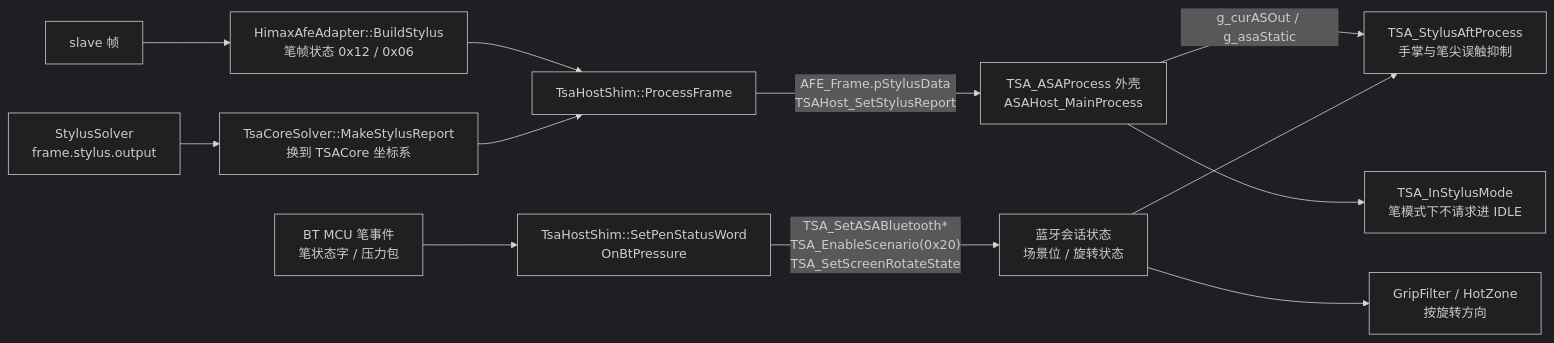
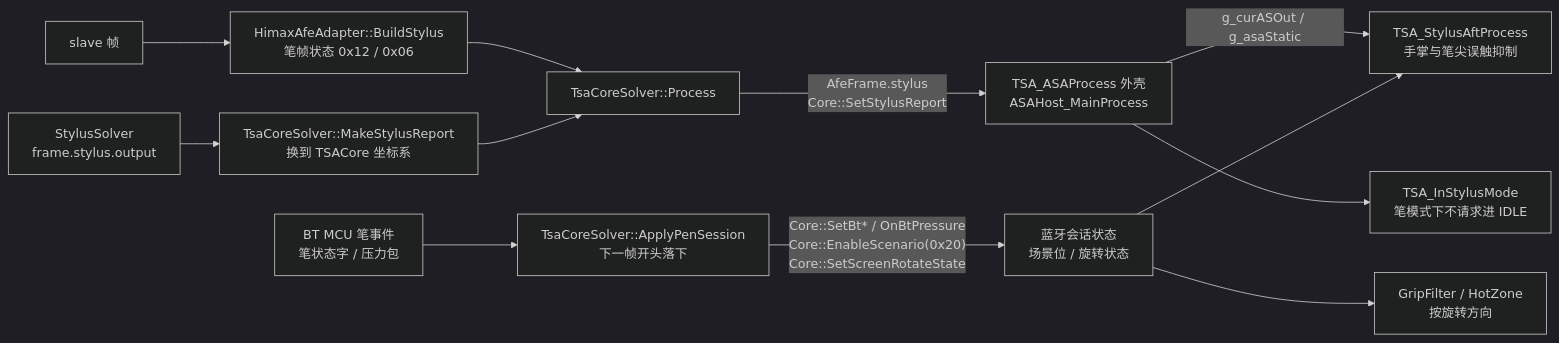
The eighth of 10 diagrams in docs/finger_algorithms/tsacore-raw-integration.md (awarson2233/EGoTouchRev), drawn with Mermaid (dark theme) before and after one commit. The commit also changed other lines of this file and 34 other files, not shown here.

First line of the commit message:
refactor(tsacore): 宿主接口改成类型化的 TsaCore.h，删掉 shim 与核里的死代码

````diff
--- a/docs/finger_algorithms/tsacore-raw-integration.md
+++ b/docs/finger_algorithms/tsacore-raw-integration.md
@@ -297,14 +296,14 @@
 ```mermaid
 flowchart LR
     SL["slave 帧"] --> BS["HimaxAfeAdapter::BuildStylus<br/>笔帧状态 0x12 / 0x06"]
     SS["StylusSolver<br/>frame.stylus.output"] --> MR["TsaCoreSolver::MakeStylusReport<br/>换到 TSACore 坐标系"]
-    EV["BT MCU 笔事件<br/>笔状态字 / 压力包"] --> PS["TsaHostShim::SetPenStatusWord<br/>OnBtPressure"]
-    BS --> PF["TsaHostShim::ProcessFrame"]
+    EV["BT MCU 笔事件<br/>笔状态字 / 压力包"] --> PS["TsaCoreSolver::ApplyPenSession<br/>下一帧开头落下"]
+    BS --> PF["TsaCoreSolver::Process"]
     MR --> PF
-    PF -->|"AFE_Frame.pStylusData<br/>TSAHost_SetStylusReport"| ASA["TSA_ASAProcess 外壳<br/>ASAHost_MainProcess"]
-    PS -->|"TSA_SetASABluetooth*<br/>TSA_EnableScenario(0x20)<br/>TSA_SetScreenRotateState"| G["蓝牙会话状态<br/>场景位 / 旋转状态"]
+    PF -->|"AfeFrame.stylus<br/>Core::SetStylusReport"| ASA["TSA_ASAProcess 外壳<br/>ASAHost_MainProcess"]
+    PS -->|"Core::SetBt* / OnBtPressure<br/>Core::EnableScenario(0x20)<br/>Core::SetScreenRotateState"| G["蓝牙会话状态<br/>场景位 / 旋转状态"]
     ASA -->|"g_curASOut / g_asaStatic"| AFT["TSA_StylusAftProcess<br/>手掌与笔尖误触抑制"]
     G --> AFT
     ASA --> MODE["TSA_InStylusMode<br/>笔模式下不请求进 IDLE"]
     G --> GF["GripFilter / HotZone<br/>按旋转方向"]
 ```
````
